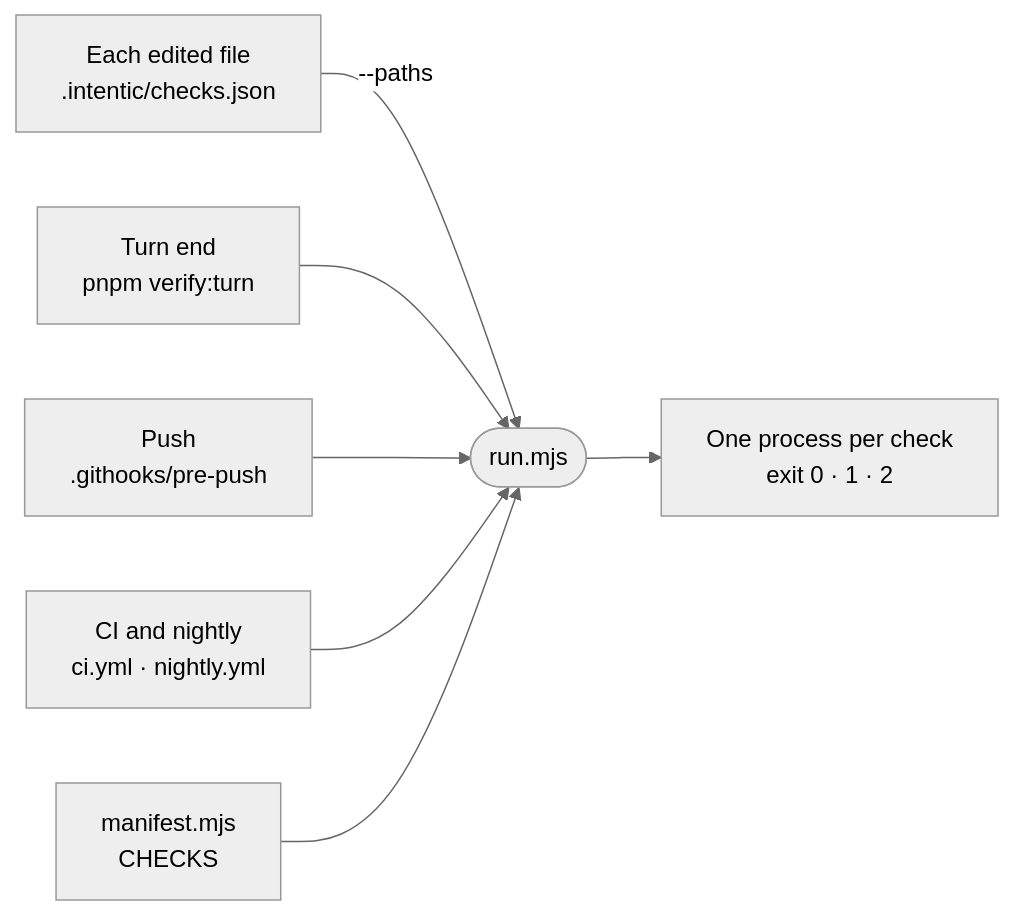
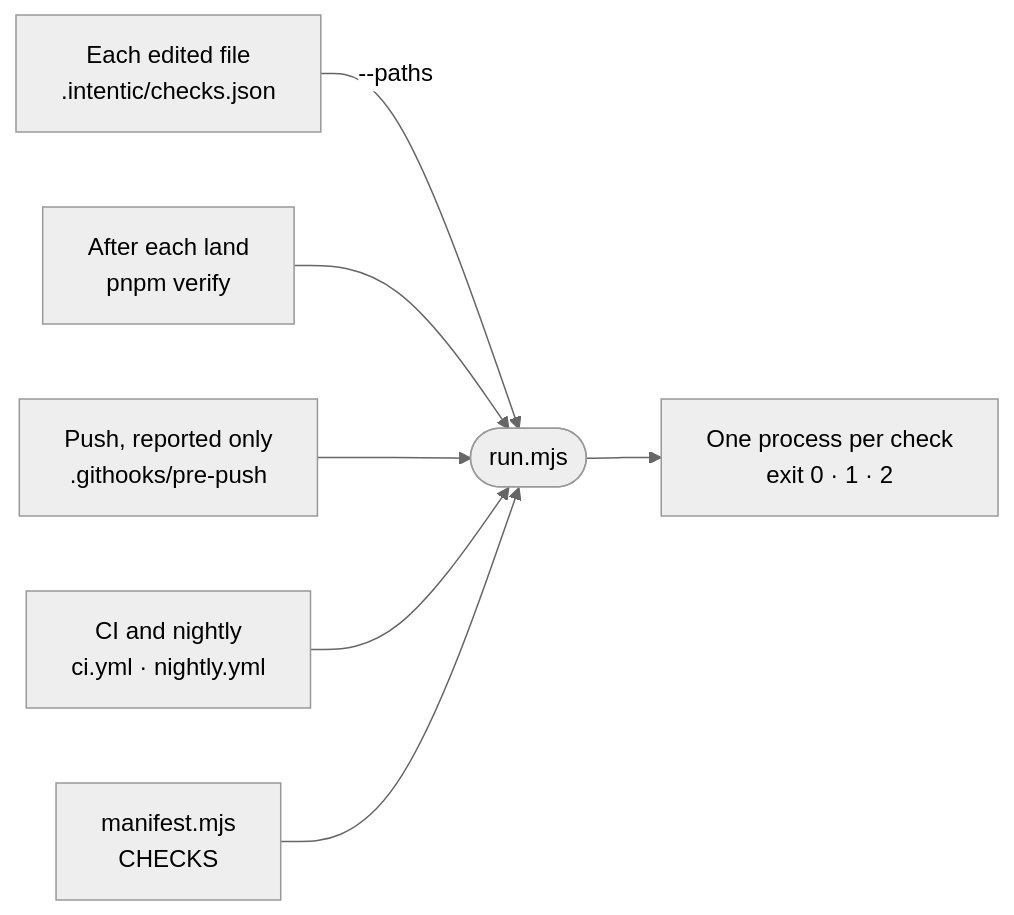
The diagram in _tools/checks/README.md (intentic/intentic), drawn with Mermaid (neutral theme) before and after one commit. The commit also changed other lines of this file and 178 other files, not shown here.

````diff
--- a/_tools/checks/README.md
+++ b/_tools/checks/README.md
@@ -5,9 +5,9 @@
 ```mermaid
 flowchart LR
     edit["Each edited file<br/>.intentic/checks.json"] -->|"--paths"| run(["run.mjs"])
-    turn["Turn end<br/>pnpm verify:turn"] --> run
-    push["Push<br/>.githooks/pre-push"] --> run
+    land["After each land<br/>pnpm verify"] --> run
+    push["Push, reported only<br/>.githooks/pre-push"] --> run
     ci["CI and nightly<br/>ci.yml · nightly.yml"] --> run
     manifest["manifest.mjs<br/>CHECKS"] --> run
     run --> procs["One process per check<br/>exit 0 · 1 · 2"]
 ```
````
